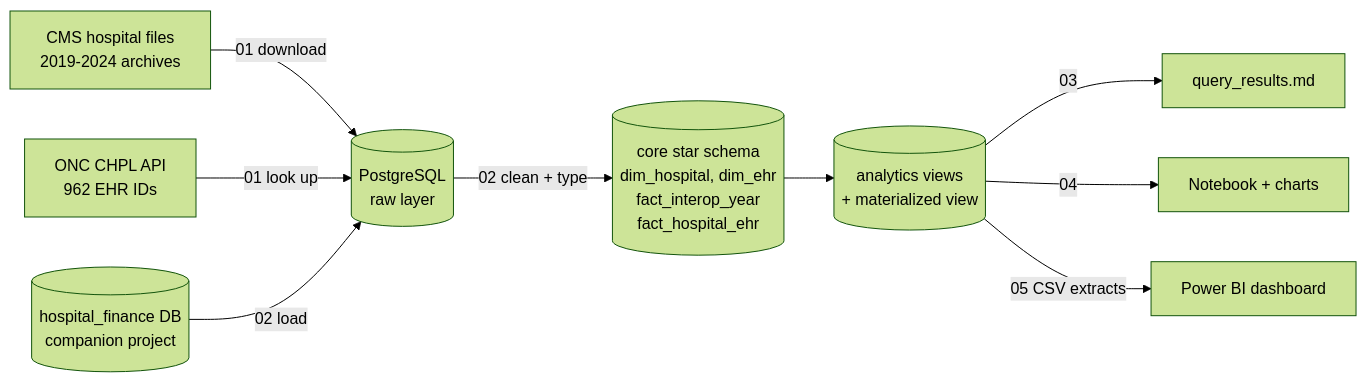
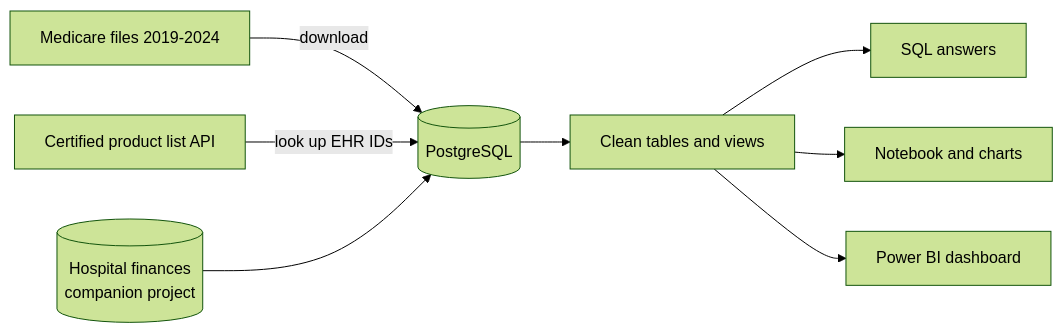
The diagram in README.md (Isaac-Agyapong/US_Hospital_EHR_Interoperability_Analysis), drawn with Mermaid (forest theme) before and after one commit. The commit also changed other lines of this file, not shown here.

````diff
--- a/README.md
+++ b/README.md
@@ -117,11 +136,10 @@
 ```mermaid
 flowchart LR
-    A[CMS hospital files<br/>2019-2024 archives] -->|01 download| B[(PostgreSQL<br/>raw layer)]
-    C[ONC CHPL API<br/>962 EHR IDs] -->|01 look up| B
-    F0[(hospital_finance DB<br/>companion project)] -->|02 load| B
-    B -->|02 clean + type| D[(core star schema<br/>dim_hospital, dim_ehr<br/>fact_interop_year<br/>fact_hospital_ehr)]
-    D --> E[(analytics views<br/>+ materialized view)]
-    E -->|03| G[query_results.md]
-    E -->|04| H[Notebook + charts]
-    E -->|05 CSV extracts| I[Power BI dashboard]
+    A[Medicare files 2019-2024] -->|download| B[(PostgreSQL)]
+    C[Certified product list API] -->|look up EHR IDs| B
+    F[(Hospital finances<br/>companion project)] --> B
+    B --> D[Clean tables and views]
+    D --> E[SQL answers]
+    D --> G[Notebook and charts]
+    D --> H[Power BI dashboard]
 ```
````
